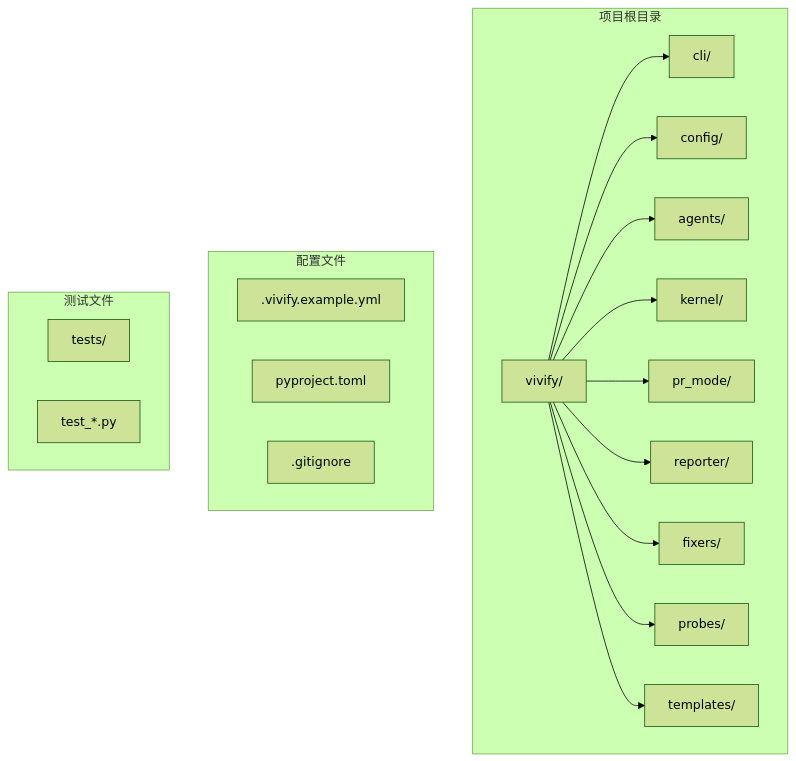
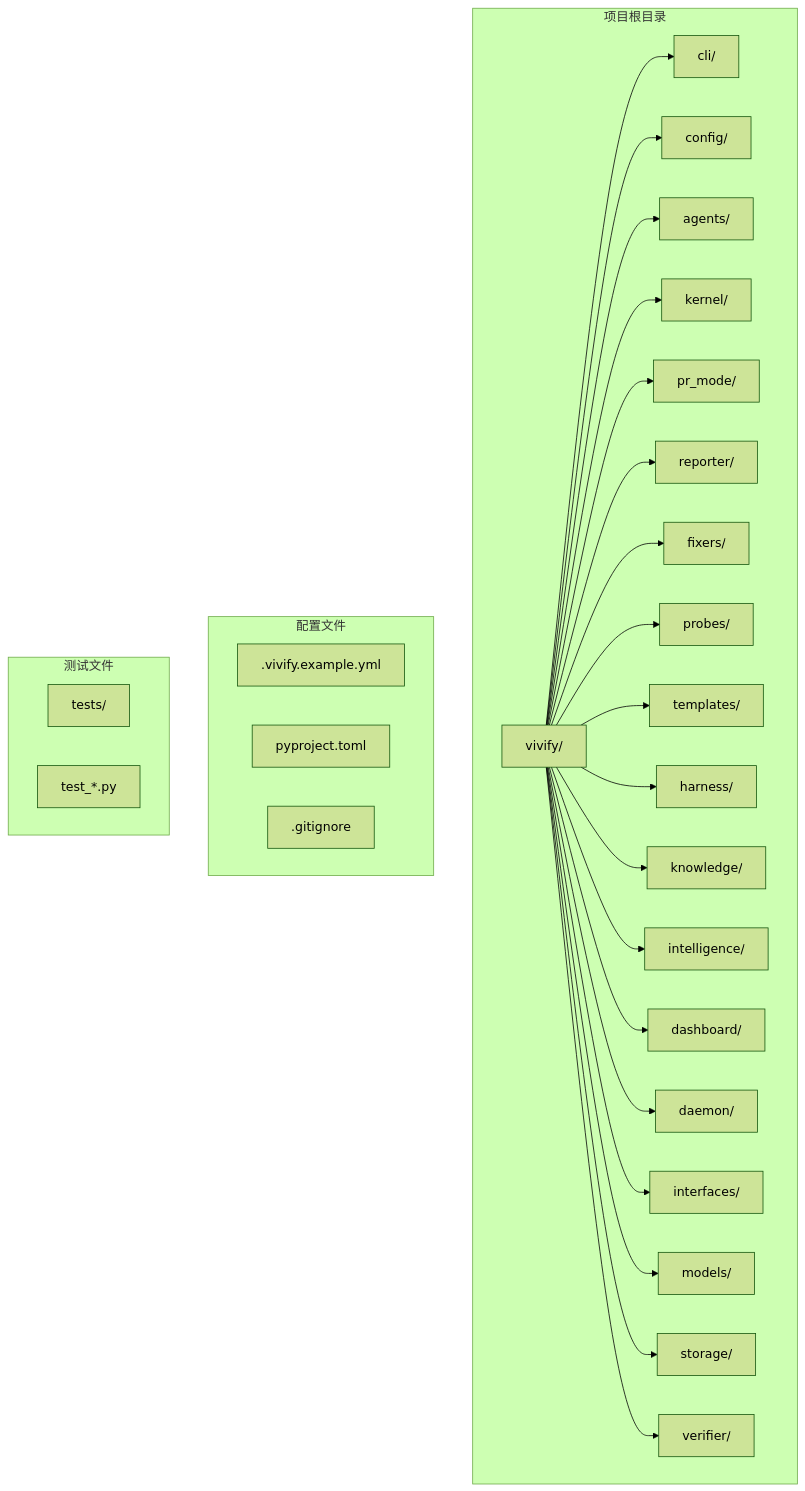
One commit to pinsonchen/vivify changed the second of 10 diagrams in .qoder/repowiki/zh/content/快速开始.md. Above: the diagram before and after it, drawn with Mermaid (forest theme). The commit also changed other lines of this file and 25 other files, not shown here.

````diff
--- a/.qoder/repowiki/zh/content/快速开始.md
+++ b/.qoder/repowiki/zh/content/快速开始.md
@@ -37,23 +124,32 @@
 ```mermaid
 graph TB
 subgraph "项目根目录"
 A[vivify/] --> B[cli/]
 A --> C[config/]
 A --> D[agents/]
 A --> E[kernel/]
 A --> F[pr_mode/]
 A --> G[reporter/]
 A --> H[fixers/]
 A --> I[probes/]
 A --> J[templates/]
+A --> K[harness/]
+A --> L[knowledge/]
+A --> M[intelligence/]
+A --> N[dashboard/]
+A --> O[daemon/]
+A --> P[interfaces/]
+A --> Q[models/]
+A --> R[storage/]
+A --> S[verifier/]
 end
 subgraph "配置文件"
-K[.vivify.example.yml]
-L[pyproject.toml]
-M[.gitignore]
+T[.vivify.example.yml]
+U[pyproject.toml]
+V[.gitignore]
 end
 subgraph "测试文件"
-N[tests/]
-O[test_*.py]
+W[tests/]
+X[test_*.py]
 end
 ```
````
